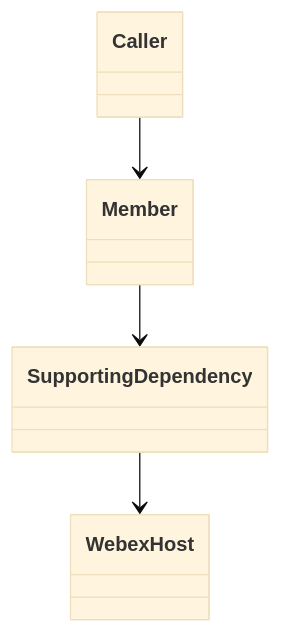
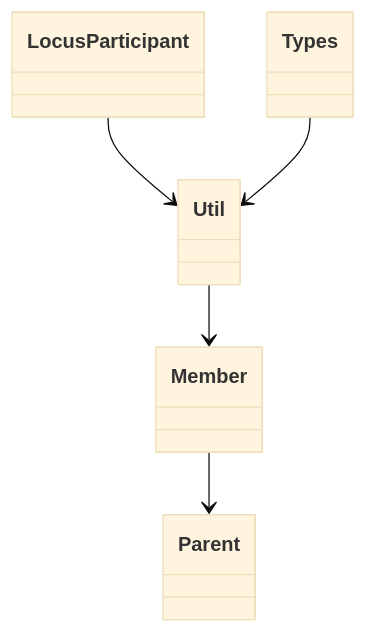
One commit to webex/webex-js-sdk changed the fourth of 4 diagrams in packages/@webex/plugin-meetings/src/member/ai-docs/member-spec.md. Above: the diagram before and after it, drawn with Mermaid (base theme). The commit also changed other lines of this file and 26 other files, not shown here.

````diff
--- a/packages/@webex/plugin-meetings/src/member/ai-docs/member-spec.md
+++ b/packages/@webex/plugin-meetings/src/member/ai-docs/member-spec.md
@@ -143,10 +145,12 @@
 ```mermaid
 classDiagram
-  class Caller
+  class LocusParticipant
+  class Util
+  class Types
   class Member
-  class SupportingDependency
-  class WebexHost
-  Caller --> Member
-  Member --> SupportingDependency
-  SupportingDependency --> WebexHost
+  class Parent
+  LocusParticipant --> Util
+  Types --> Util
+  Util --> Member
+  Member --> Parent
 ```
````
